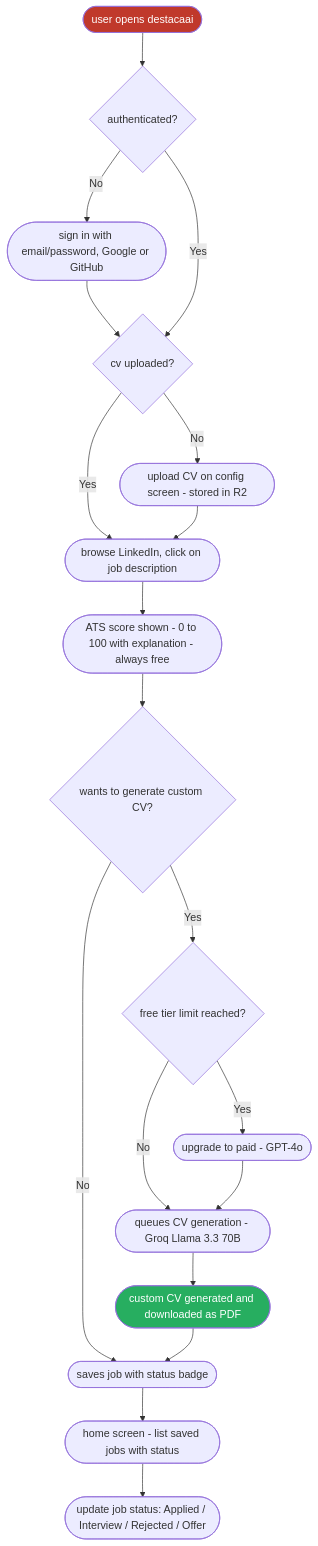
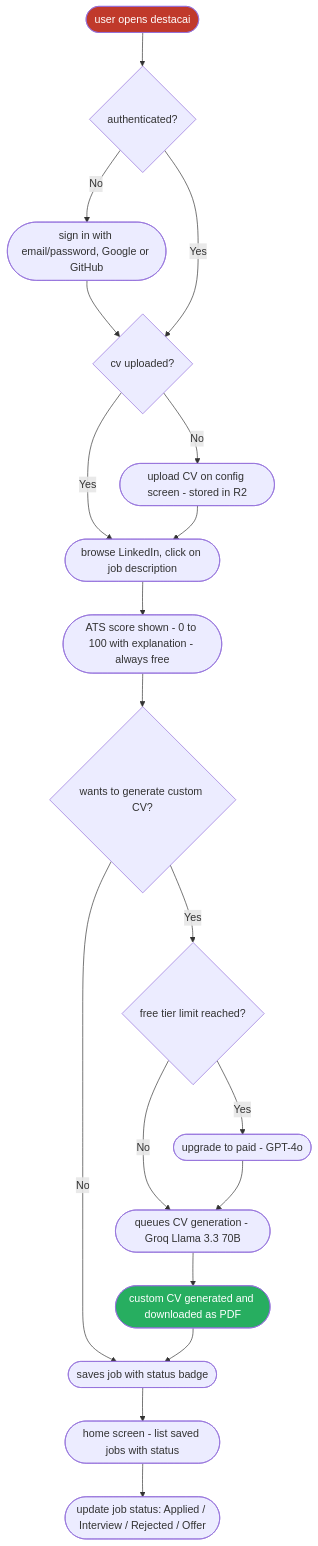
Before and after one commit to Mlucas4330/destacaai: the diagram in README.md, drawn with Mermaid. The commit also changed other lines of this file and 5 other files, not shown here.

````diff
--- a/README.md
+++ b/README.md
@@ -35,31 +35,31 @@
 ```mermaid
 flowchart TD
-    A([user opens destacaai]) --> B{authenticated?}
+    A([user opens destacai]) --> B{authenticated?}
 
     B -->|No| C([sign in with email/password, Google or GitHub])
     C --> D{cv uploaded?}
     B -->|Yes| D
 
     D -->|No| E([upload CV on config screen - stored in R2])
     D -->|Yes| F([browse LinkedIn, click on job description])
     E --> F
 
     F --> G([ATS score shown - 0 to 100 with explanation - always free])
     G --> H{wants to generate custom CV?}
 
     H -->|No| I([saves job with status badge])
     H -->|Yes| J{free tier limit reached?}
 
     J -->|No| K([queues CV generation - Groq Llama 3.3 70B])
     J -->|Yes| L([upgrade to paid - GPT-4o])
     L --> K
 
     K --> M([custom CV generated and downloaded as PDF])
     M --> I
 
     I --> N([home screen - list saved jobs with status])
     N --> O([update job status: Applied / Interview / Rejected / Offer])
 
     style A fill:#c0392b,color:#fff
     style M fill:#27ae60,color:#fff
 ```
````
